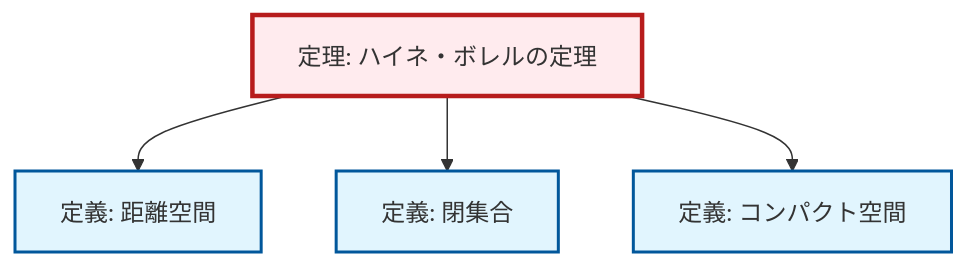
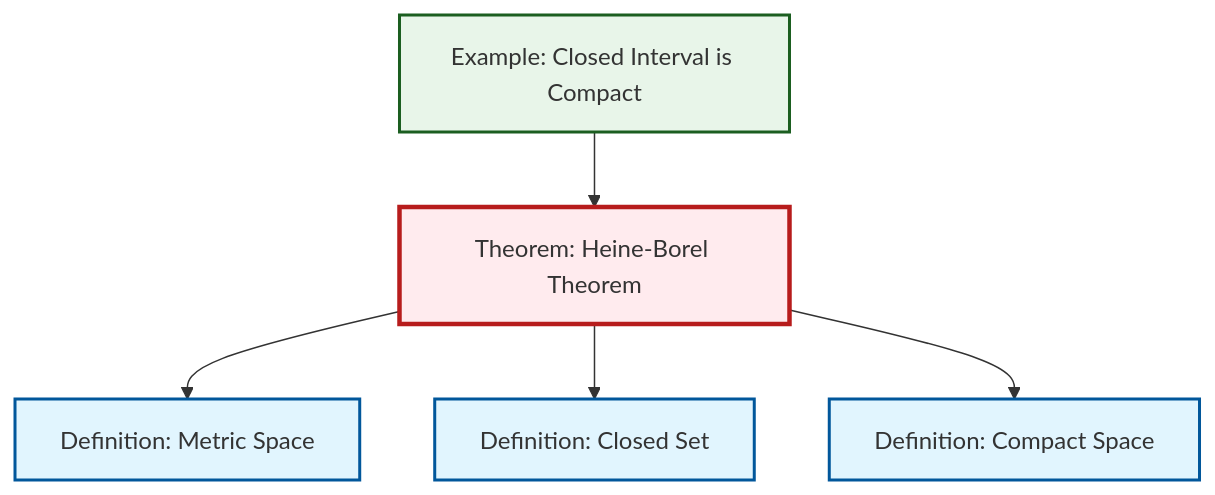
One commit to RK0429/ModernMath changed the diagram in content/ja/topology/thm-heine-borel.qmd. Above: the diagram before and after it, drawn with Mermaid. The commit also changed 203 other files, not shown here.

````diff
--- a/content/ja/topology/thm-heine-borel.qmd
+++ b/content/ja/topology/thm-heine-borel.qmd
@@ -49,21 +49,19 @@
 ```{mermaid}
-%%| fig-cap: "局所依存グラフ"
+%%| fig-cap: "Local dependency graph"
 graph TD
     classDef definition fill:#e1f5fe,stroke:#01579b,stroke-width:2px
     classDef theorem fill:#f3e5f5,stroke:#4a148c,stroke-width:2px
     classDef axiom fill:#fff3e0,stroke:#e65100,stroke-width:2px
     classDef example fill:#e8f5e9,stroke:#1b5e20,stroke-width:2px
     classDef current fill:#ffebee,stroke:#b71c1c,stroke-width:3px
-    def-compact["定義: コンパクト空間"]:::definition
-    def-closed-set["定義: 閉集合"]:::definition
-    def-metric-space["定義: 距離空間"]:::definition
-    thm-heine-borel["定理: ハイネ・ボレルの定理"]:::theorem
+    def-closed-set["Definition: Closed Set"]:::definition
+    ex-closed-interval-compact["Example: Closed Interval is Compact"]:::example
+    def-metric-space["Definition: Metric Space"]:::definition
+    def-compact["Definition: Compact Space"]:::definition
+    thm-heine-borel["Theorem: Heine-Borel Theorem"]:::theorem
     thm-heine-borel --> def-metric-space
     thm-heine-borel --> def-closed-set
     thm-heine-borel --> def-compact
+    ex-closed-interval-compact --> thm-heine-borel
     class thm-heine-borel current
-
-    click def-compact "def-compact.html" "Go to 定義: コンパクト空間"
-    click def-closed-set "def-closed-set.html" "Go to 定義: 閉集合"
-    click def-metric-space "def-metric-space.html" "Go to 定義: 距離空間"
 ```
````
